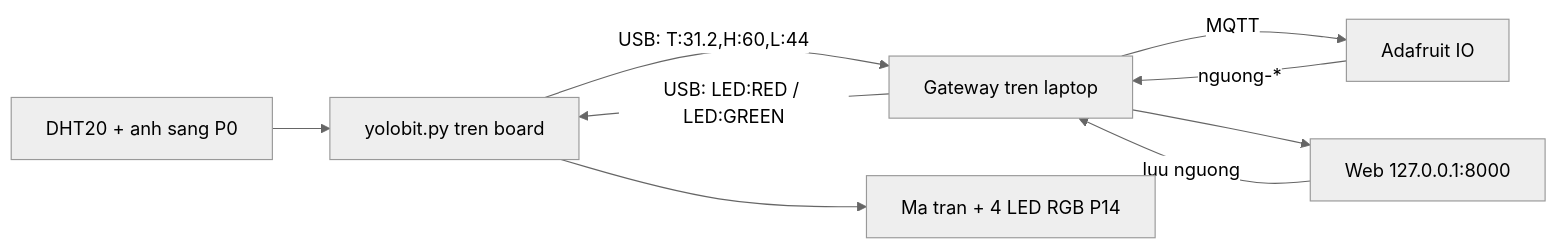
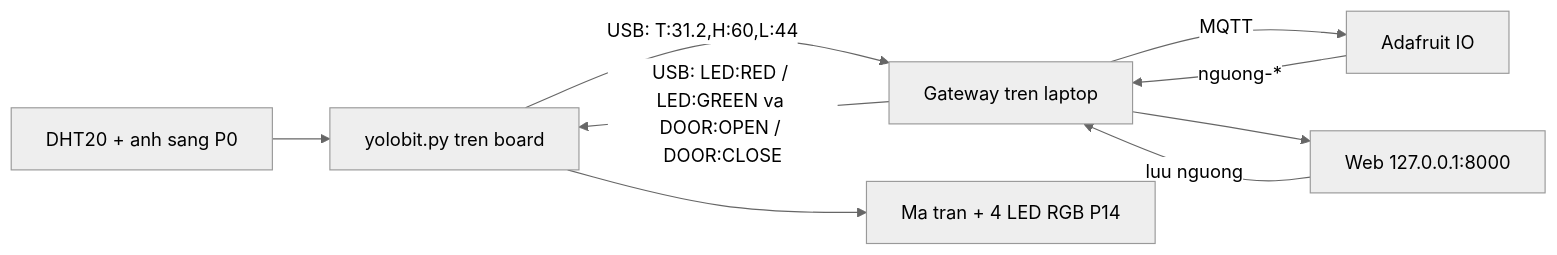
The diagram in README.md (tuankhoi1007/YOLOHome), drawn with Mermaid (neutral theme) before and after one commit. The commit also changed other lines of this file and 39 other files, not shown here.

First line of the commit message:
Add laptop face recognition and a USB door command.

````diff
--- a/README.md
+++ b/README.md
@@ -250,11 +255,11 @@
 ```mermaid
 flowchart LR
   dht[DHT20 + anh sang P0] --> yolo[yolobit.py tren board]
   yolo -- "USB: T:31.2,H:60,L:44" --> gw[Gateway tren laptop]
-  gw -- "USB: LED:RED / LED:GREEN" --> yolo
+  gw -- "USB: LED:RED / LED:GREEN va DOOR:OPEN / DOOR:CLOSE" --> yolo
   gw -- MQTT --> aio[Adafruit IO]
   aio -- "nguong-*" --> gw
   gw --> web[Web 127.0.0.1:8000]
   web -- "luu nguong" --> gw
   yolo --> led[Ma tran + 4 LED RGB P14]
 ```
````
